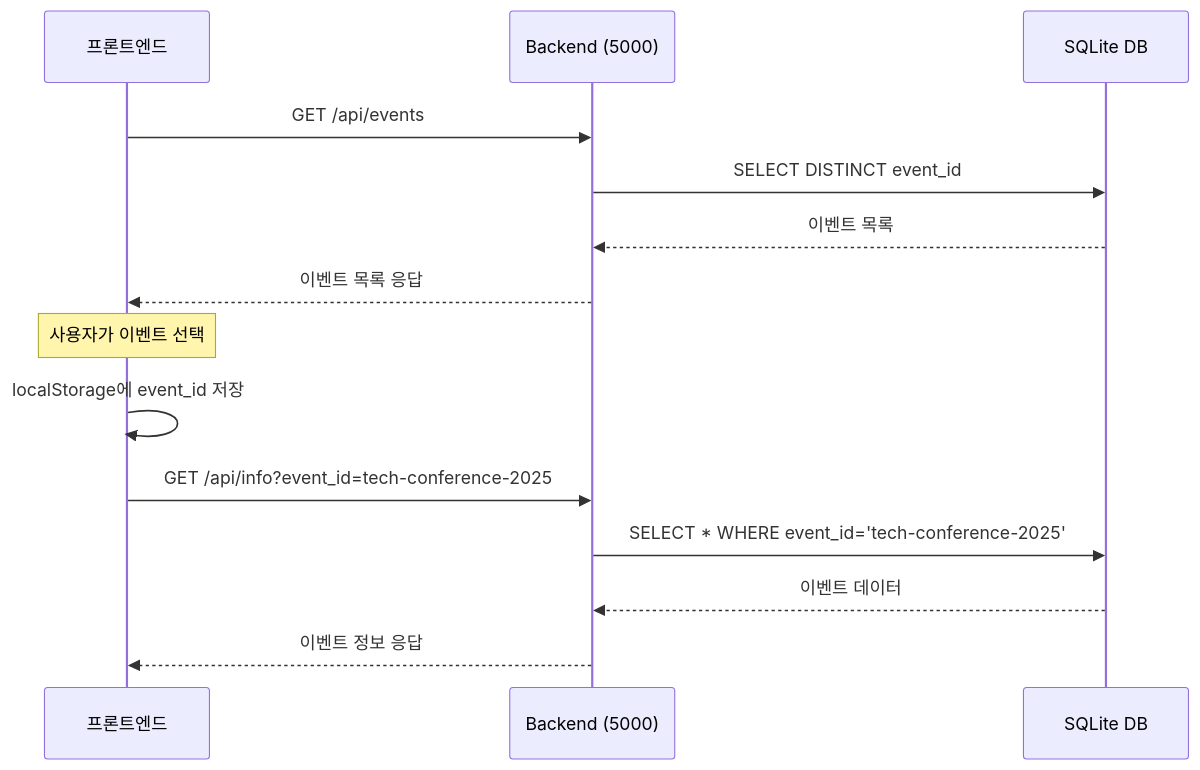
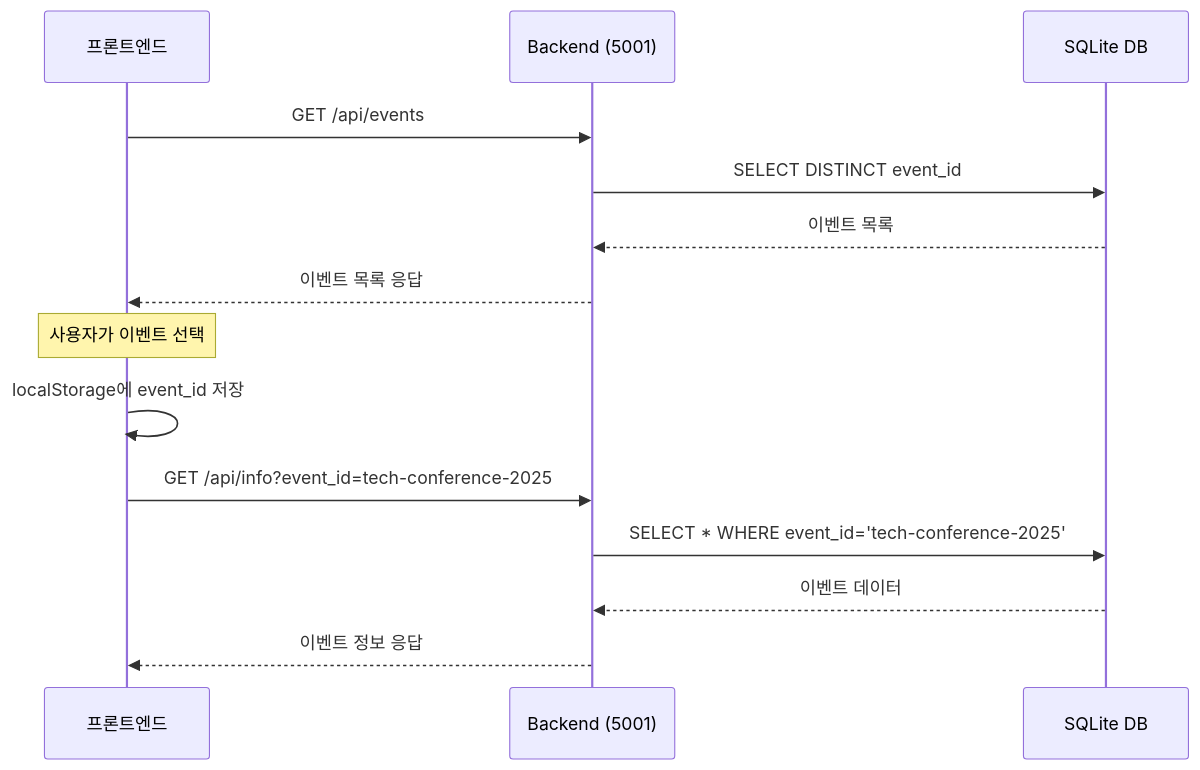
The fourth of 5 diagrams in CLAUDE.md (pghoya2956/QR-Entrance-System), drawn with Mermaid before and after one commit. The commit also changed other lines of this file and 13 other files, not shown here.

````diff
--- a/CLAUDE.md
+++ b/CLAUDE.md
@@ -148,19 +148,19 @@
 ```mermaid
 sequenceDiagram
     participant FE as 프론트엔드
-    participant BE as Backend (5000)
+    participant BE as Backend (5001)
     participant DB as SQLite DB
     
     FE->>BE: GET /api/events
     BE->>DB: SELECT DISTINCT event_id
     DB-->>BE: 이벤트 목록
     BE-->>FE: 이벤트 목록 응답
     
     Note over FE: 사용자가 이벤트 선택
     FE->>FE: localStorage에 event_id 저장
     
     FE->>BE: GET /api/info?event_id=tech-conference-2025
     BE->>DB: SELECT * WHERE event_id='tech-conference-2025'
     DB-->>BE: 이벤트 데이터
     BE-->>FE: 이벤트 정보 응답
 ```
````
